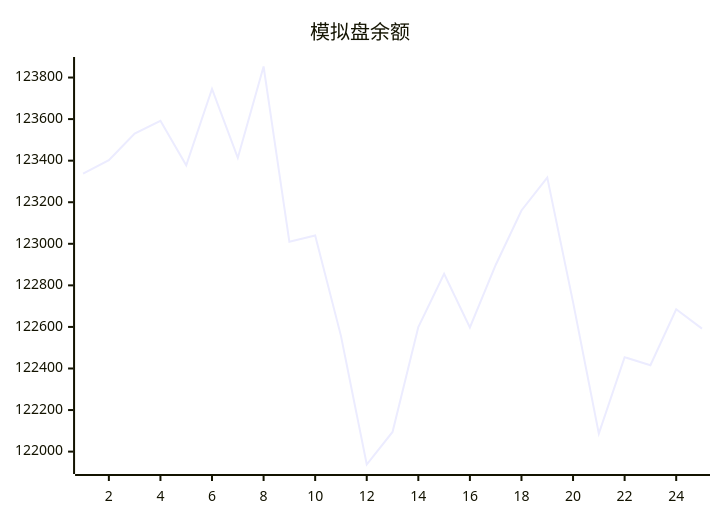
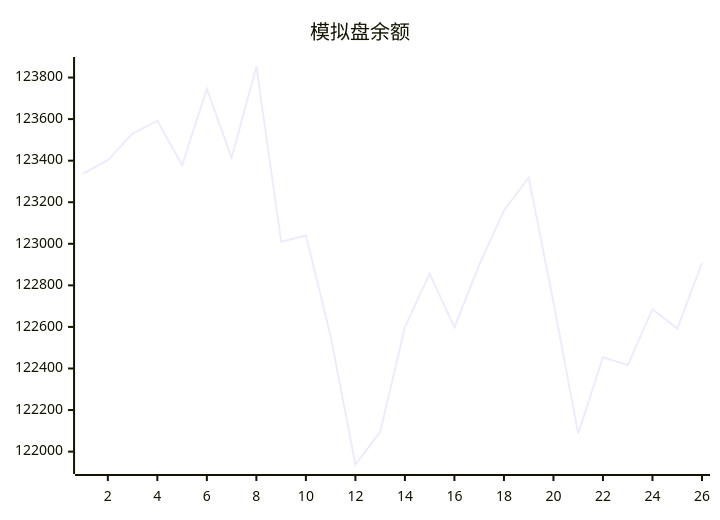
The diagram in trading/README.md (aahl/mcp-aktools), drawn with Mermaid before and after one commit. The commit also changed 1 other file, not shown here.

Commit message:
📈 AkTools MCP Server

````diff
--- a/trading/README.md
+++ b/trading/README.md
@@ -3,5 +3,5 @@
 ```mermaid
 xychart
     title "模拟盘余额"
-    line [123337.9,123402.4,123530.3,123591.6,123377.9,123745.3,123413.3,123853.1,123009.4,123039.8,122557.0,121938.0,122094.6,122599.0,122856.1,122597.3,122898.1,123160.2,123318.8,122719.1,122086.7,122454.1,122415.9,122685.2,122591.9]
+    line [123337.9,123402.4,123530.3,123591.6,123377.9,123745.3,123413.3,123853.1,123009.4,123039.8,122557.0,121938.0,122094.6,122599.0,122856.1,122597.3,122898.1,123160.2,123318.8,122719.1,122086.7,122454.1,122415.9,122685.2,122591.9,122906.8]
 ```
````
